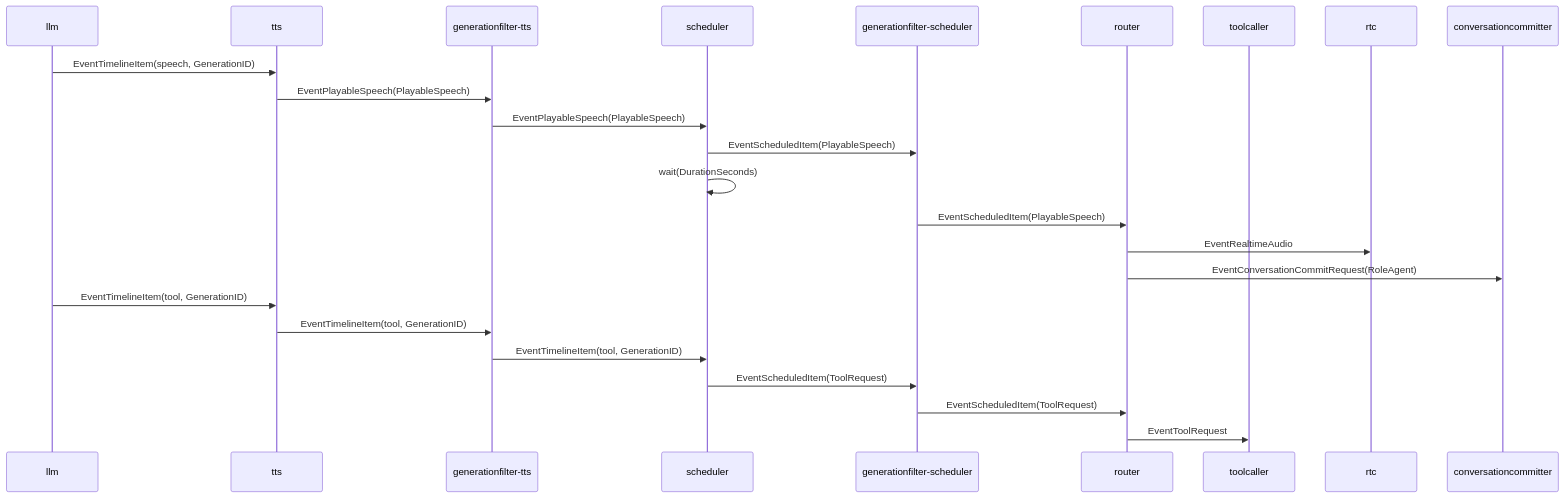
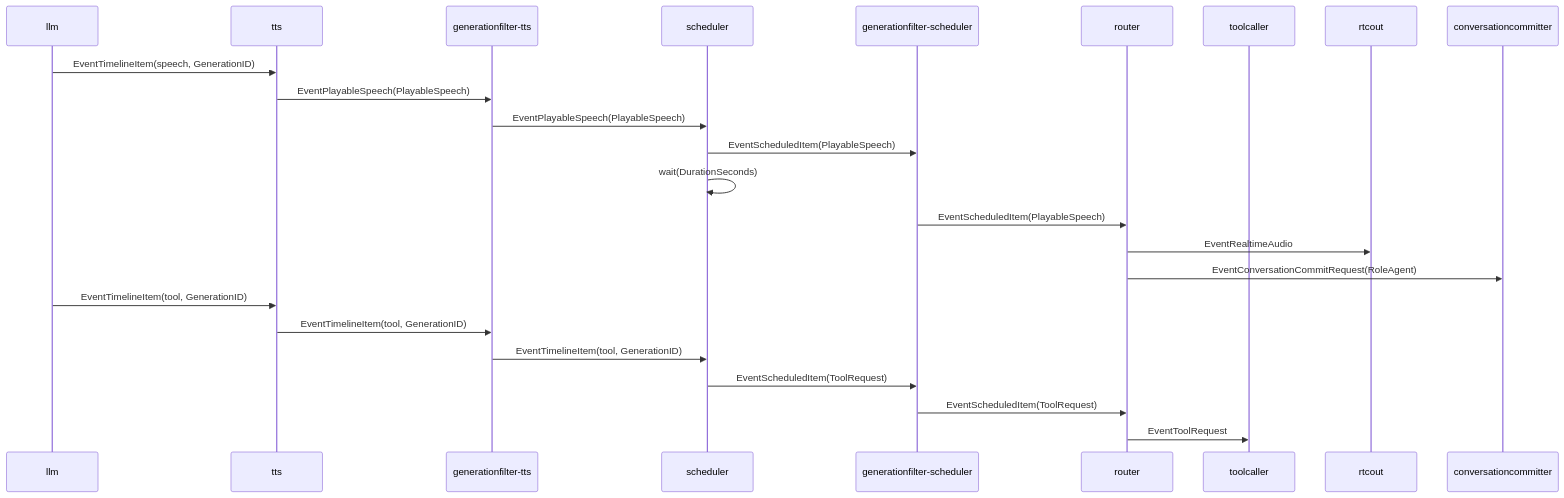
Before and after one commit to tetetratra/smart-speaker: the first of 2 diagrams in docs/components/scheduler.md, drawn with Mermaid. The commit also changed 11 other files, not shown here.

````diff
--- a/docs/components/scheduler.md
+++ b/docs/components/scheduler.md
@@ -64,27 +64,27 @@
 ```mermaid
 sequenceDiagram
     participant LLM as llm
     participant TTS as tts
     participant GF1 as generationfilter-tts
     participant S as scheduler
     participant GF2 as generationfilter-scheduler
     participant R as router
     participant TC as toolcaller
-    participant RTC as rtc
+    participant RTCOut as rtcout
     participant CC as conversationcommitter
 
     LLM->>TTS: EventTimelineItem(speech, GenerationID)
     TTS->>GF1: EventPlayableSpeech(PlayableSpeech)
     GF1->>S: EventPlayableSpeech(PlayableSpeech)
     S->>GF2: EventScheduledItem(PlayableSpeech)
     S->>S: wait(DurationSeconds)
     GF2->>R: EventScheduledItem(PlayableSpeech)
-    R->>RTC: EventRealtimeAudio
+    R->>RTCOut: EventRealtimeAudio
     R->>CC: EventConversationCommitRequest(RoleAgent)
     LLM->>TTS: EventTimelineItem(tool, GenerationID)
     TTS->>GF1: EventTimelineItem(tool, GenerationID)
     GF1->>S: EventTimelineItem(tool, GenerationID)
     S->>GF2: EventScheduledItem(ToolRequest)
     GF2->>R: EventScheduledItem(ToolRequest)
     R->>TC: EventToolRequest
 ```
````
